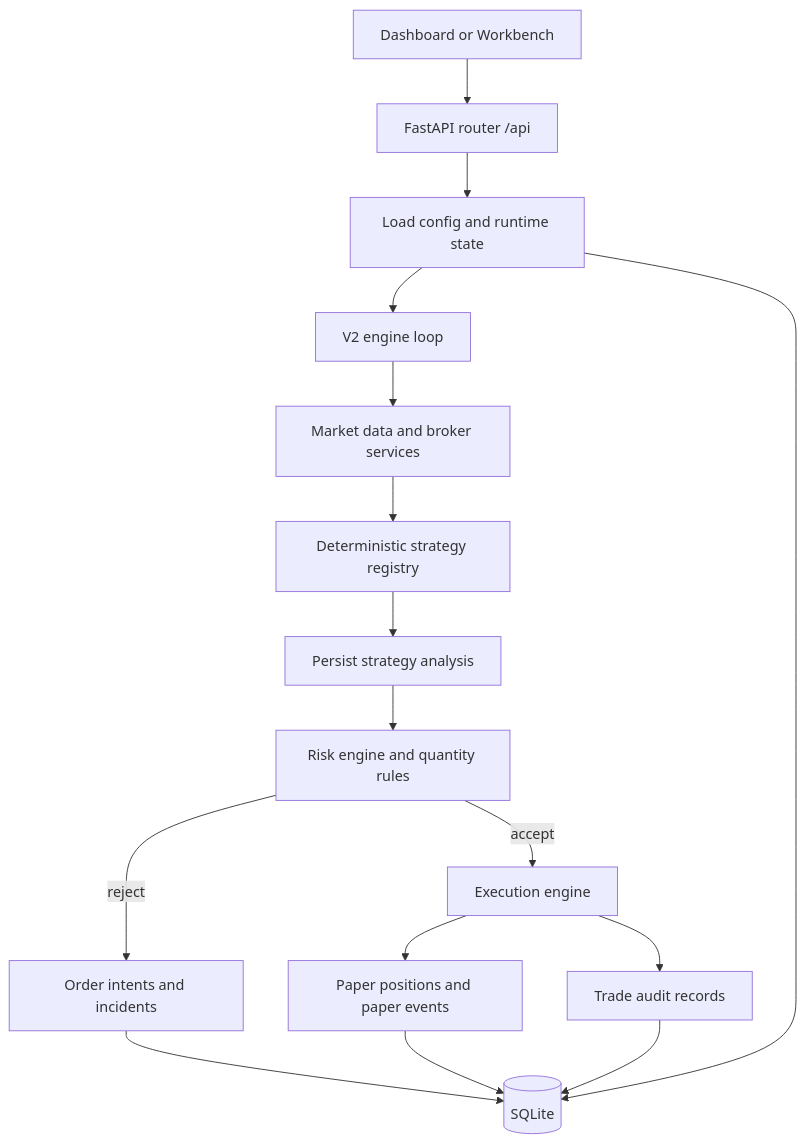
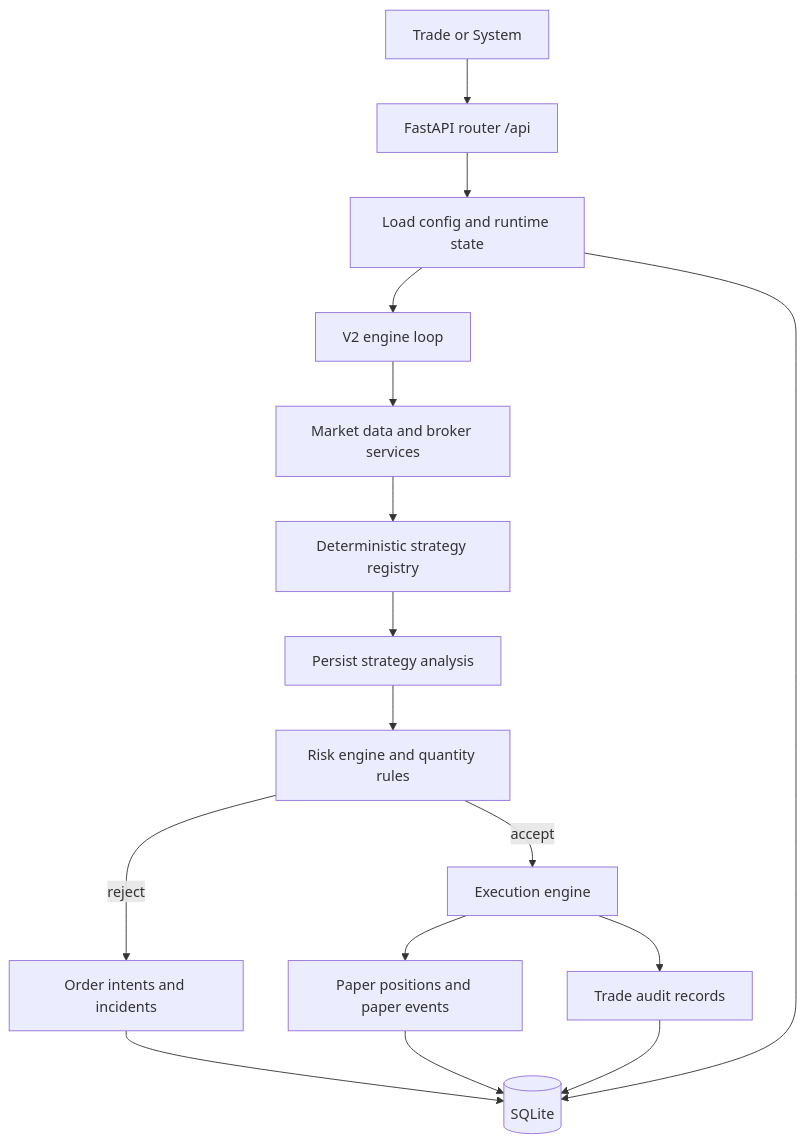
Before and after one commit to maghdam/GenAI-MultiAgent-TradingSystem: the first of 3 diagrams in ARCHITECTURE.md, drawn with Mermaid. The commit also changed other lines of this file and 102 other files, not shown here.

````diff
--- a/ARCHITECTURE.md
+++ b/ARCHITECTURE.md
@@ -122,18 +122,18 @@
 ```mermaid
 graph TD
-  UI[Dashboard or Workbench] --> API[FastAPI router /api]
+  UI[Trade or System] --> API[FastAPI router /api]
   API --> CFG[Load config and runtime state]
   CFG --> ENG[V2 engine loop]
   ENG --> MD[Market data and broker services]
   MD --> STRAT[Deterministic strategy registry]
   STRAT --> ANALYSIS[Persist strategy analysis]
   ANALYSIS --> RISK[Risk engine and quantity rules]
   RISK -->|reject| INTENTS[Order intents and incidents]
   RISK -->|accept| EXEC[Execution engine]
   EXEC --> PAPER[Paper positions and paper events]
   EXEC --> AUDIT[Trade audit records]
   INTENTS --> DB[(SQLite)]
   PAPER --> DB
   AUDIT --> DB
   CFG --> DB
 ```
````
